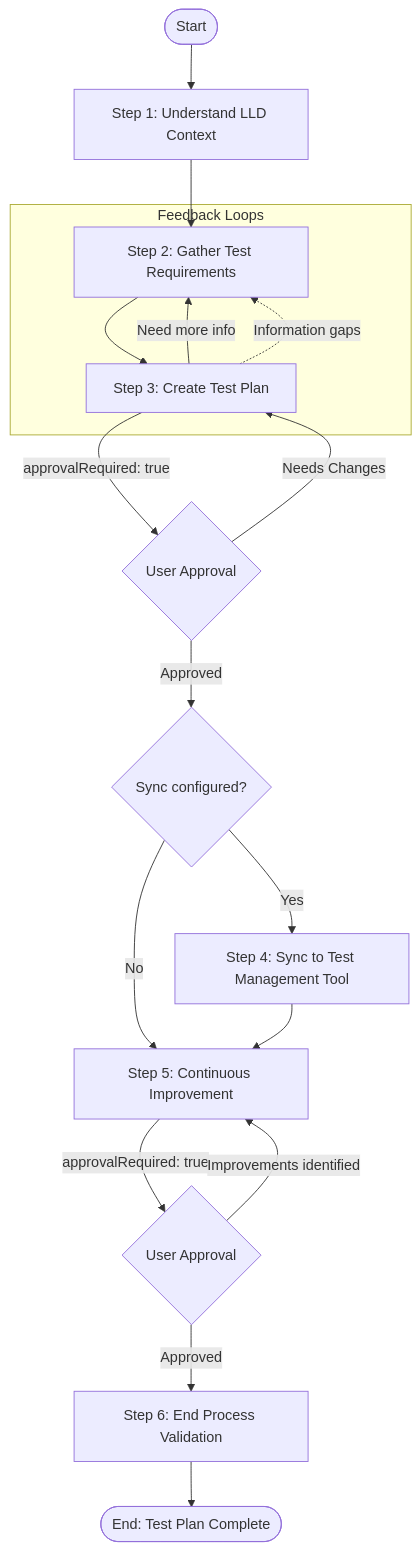
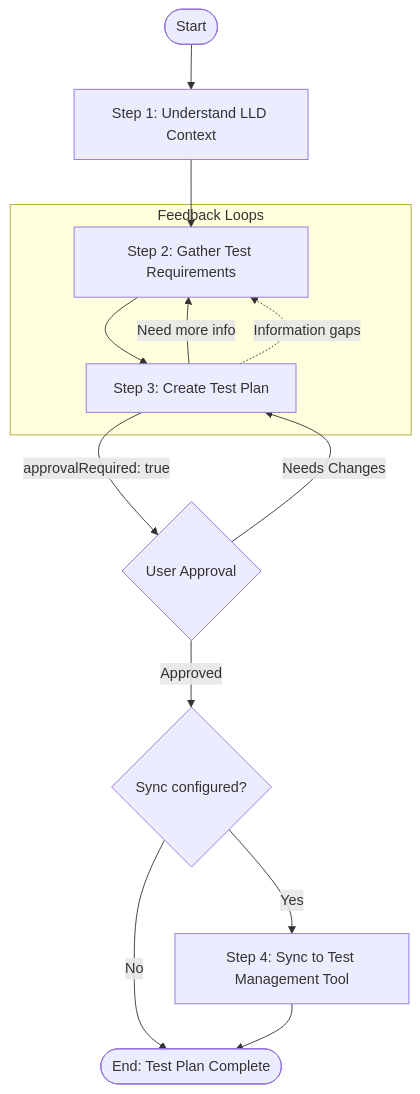
The diagram in templates/processes/testing/create-test-plan-from-lld/create-test-plan-from-lld.md (HMTools/agentic-processes-templates), drawn with Mermaid before and after one commit. The commit also changed other lines of this file and 29 other files, not shown here.

First line of the commit message:
feat: Make continuous improvement and process validation framework-managed

````diff
--- a/templates/processes/testing/create-test-plan-from-lld/create-test-plan-from-lld.md
+++ b/templates/processes/testing/create-test-plan-from-lld/create-test-plan-from-lld.md
@@ -38,25 +38,19 @@
 ```mermaid
 flowchart TD
     Start([Start]) --> S1[Step 1: Understand LLD Context]
     S1 --> S2[Step 2: Gather Test Requirements]
     
     S2 --> S3[Step 3: Create Test Plan]
     S3 -->|Need more info| S2
     S3 -->|approvalRequired: true| A3{User Approval}
     A3 -->|Approved| S4Check{Sync configured?}
     A3 -->|Needs Changes| S3
     
     S4Check -->|Yes| S4[Step 4: Sync to Test Management Tool]
-    S4Check -->|No| S5
-    S4 --> S5[Step 5: Continuous Improvement]
-    
-    S5 -->|approvalRequired: true| A5{User Approval}
-    A5 -->|Approved| S6[Step 6: End Process Validation]
-    A5 -->|Improvements identified| S5
-    
-    S6 --> End([End: Test Plan Complete])
+    S4Check -->|No| End
+    S4 --> End([End: Test Plan Complete])
     
     subgraph "Feedback Loops"
         S3 -.->|Information gaps| S2
     end
 ```
````
